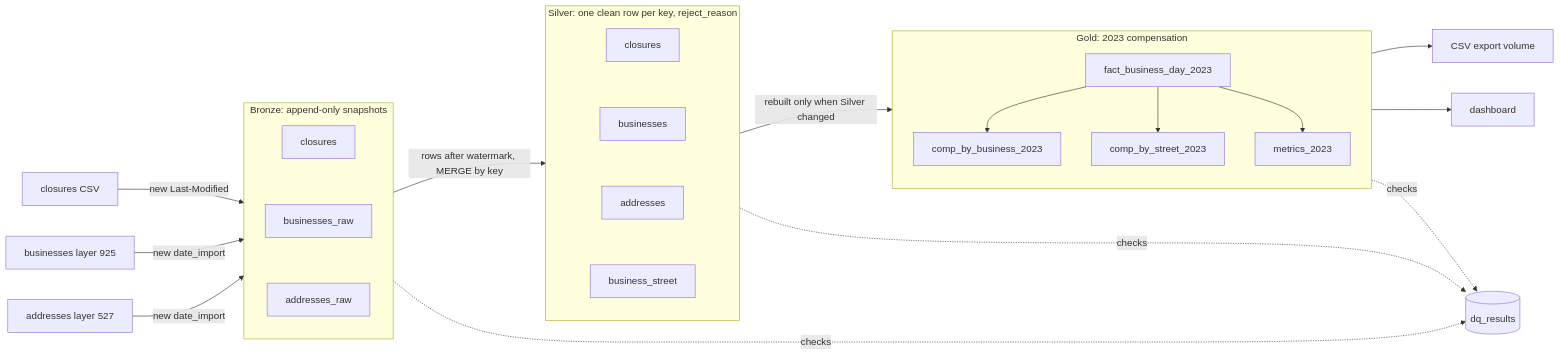
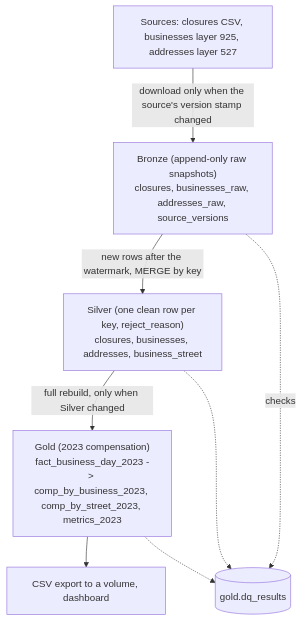
One commit to sofitkin-stack/Tel-Aviv-Project changed the diagram in README.md. Above: the diagram before and after it, drawn with Mermaid.

Commit message:
README: vertical architecture diagram

````diff
--- a/README.md
+++ b/README.md
@@ -6,22 +6,14 @@
 ```mermaid
-flowchart LR
-    CSV[closures CSV] -->|new Last-Modified| B
-    API1[businesses layer 925] -->|new date_import| B
-    API2[addresses layer 527] -->|new date_import| B
-    subgraph B[Bronze: append-only snapshots]
-        b1[closures] ~~~ b2[businesses_raw] ~~~ b3[addresses_raw]
-    end
-    B -->|rows after watermark, MERGE by key| S
-    subgraph S[Silver: one clean row per key, reject_reason]
-        s1[closures] ~~~ s2[businesses] ~~~ s3[addresses] ~~~ s4[business_street]
-    end
-    S -->|rebuilt only when Silver changed| G
-    subgraph G[Gold: 2023 compensation]
-        g1[fact_business_day_2023] --> g2[comp_by_business_2023]
-        g1 --> g3[comp_by_street_2023]
-        g1 --> g4[metrics_2023]
-    end
-    G --> X[CSV export volume]
-    G --> D[dashboard]
-    B & S & G -.->|checks| Q[(dq_results)]
+flowchart TD
+    SRC["Sources: closures CSV, businesses layer 925, addresses layer 527"]
+    SRC -->|"download only when the source's version stamp changed"| BRONZE
+    BRONZE["Bronze (append-only raw snapshots)<br/>closures, businesses_raw, addresses_raw, source_versions"]
+    BRONZE -->|"new rows after the watermark, MERGE by key"| SILVER
+    SILVER["Silver (one clean row per key, reject_reason)<br/>closures, businesses, addresses, business_street"]
+    SILVER -->|"full rebuild, only when Silver changed"| GOLD
+    GOLD["Gold (2023 compensation)<br/>fact_business_day_2023 -> comp_by_business_2023, comp_by_street_2023, metrics_2023"]
+    GOLD --> OUT["CSV export to a volume, dashboard"]
+    BRONZE -.->|checks| DQ[("gold.dq_results")]
+    SILVER -.-> DQ
+    GOLD -.-> DQ
 ```
````
